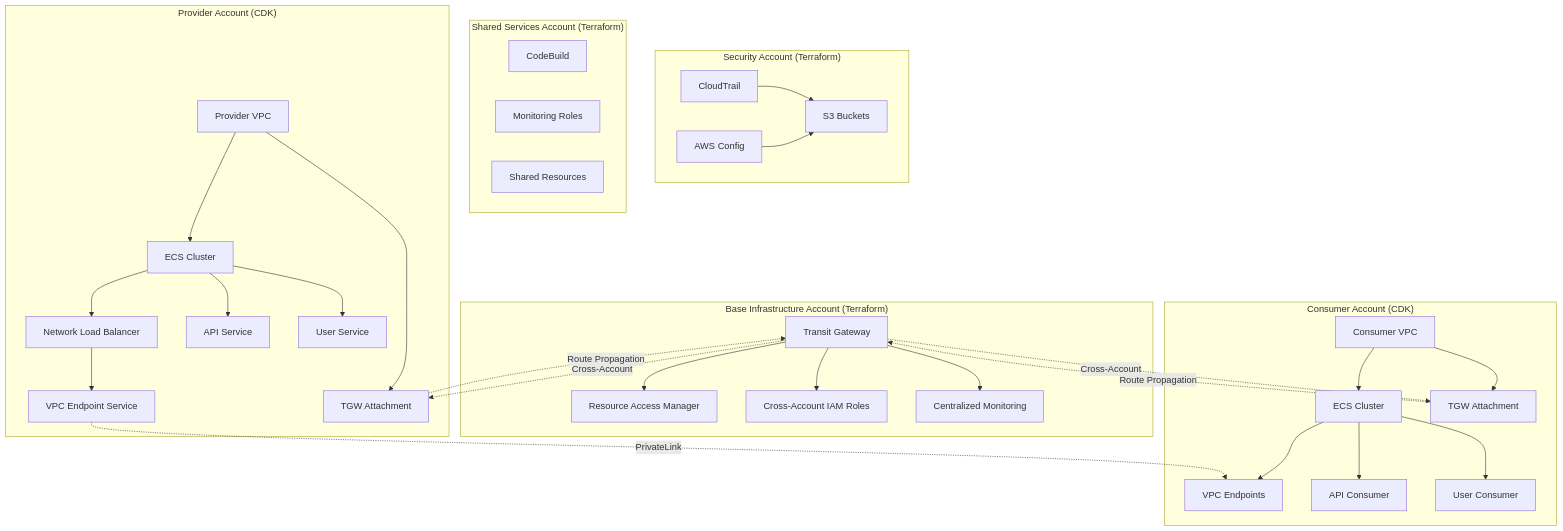
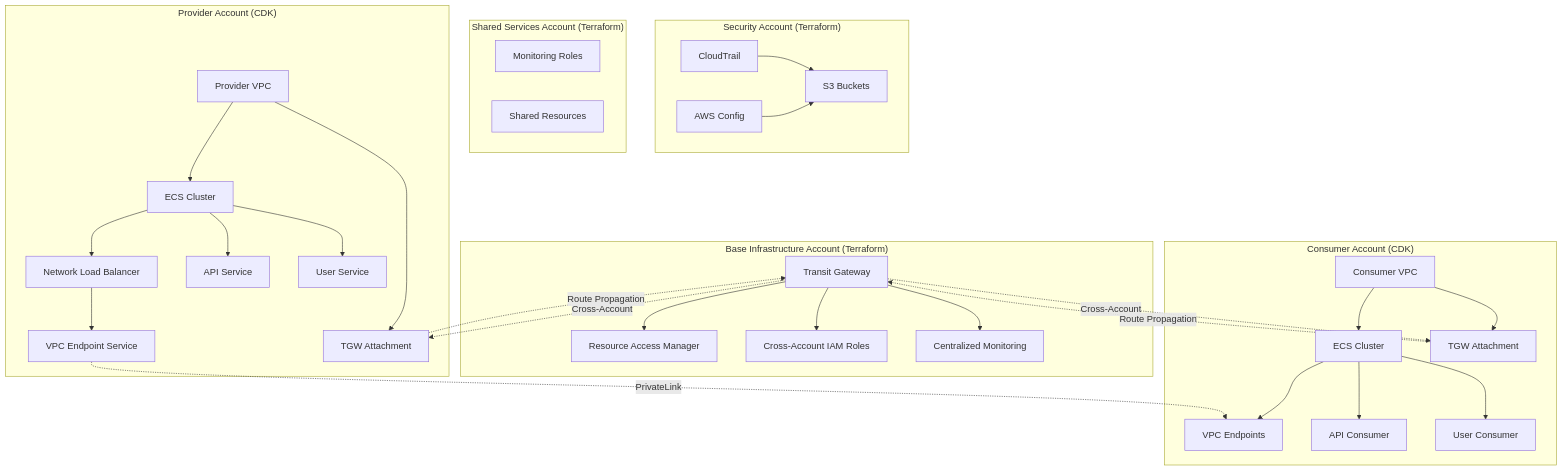
Before and after one commit to johnnymarquezv/aws-ecs-privatelink-terraform-cdk: the diagram in README.md, drawn with Mermaid. The commit also changed other lines of this file and 3 other files, not shown here.

````diff
--- a/README.md
+++ b/README.md
@@ -19,62 +19,61 @@
 ```mermaid
 graph TB
     subgraph "Base Infrastructure Account (Terraform)"
         TGW[Transit Gateway]
         RAM[Resource Access Manager]
         IAM_ROLES[Cross-Account IAM Roles]
         MONITORING[Centralized Monitoring]
         TGW --> RAM
         TGW --> IAM_ROLES
         TGW --> MONITORING
     end
     
     subgraph "Security Account (Terraform)"
         CT[CloudTrail]
         CFG[AWS Config]
         S3_SEC[S3 Buckets]
         CT --> S3_SEC
         CFG --> S3_SEC
     end
     
     subgraph "Shared Services Account (Terraform)"
-        CB[CodeBuild]
         MON[Monitoring Roles]
         SHARED[Shared Resources]
     end
     
     subgraph "Provider Account (CDK)"
         VPC_PROV[Provider VPC]
         ECS_PROV[ECS Cluster]
         NLB[Network Load Balancer]
         VES[VPC Endpoint Service]
         API_SVC[API Service]
         USER_SVC[User Service]
         TGW_ATT_PROV[TGW Attachment]
         VPC_PROV --> ECS_PROV
         ECS_PROV --> NLB
         NLB --> VES
         ECS_PROV --> API_SVC
         ECS_PROV --> USER_SVC
         VPC_PROV --> TGW_ATT_PROV
     end
     
     subgraph "Consumer Account (CDK)"
         VPC_CONS[Consumer VPC]
         ECS_CONS[ECS Cluster]
         VEP[VPC Endpoints]
         API_CONS[API Consumer]
         USER_CONS[User Consumer]
         TGW_ATT_CONS[TGW Attachment]
         VPC_CONS --> ECS_CONS
         ECS_CONS --> VEP
         ECS_CONS --> API_CONS
         ECS_CONS --> USER_CONS
         VPC_CONS --> TGW_ATT_CONS
     end
     
     VES -.->|PrivateLink| VEP
     TGW -.->|Cross-Account| TGW_ATT_PROV
     TGW -.->|Cross-Account| TGW_ATT_CONS
     TGW_ATT_PROV -.->|Route Propagation| TGW
     TGW_ATT_CONS -.->|Route Propagation| TGW
 ```
````
